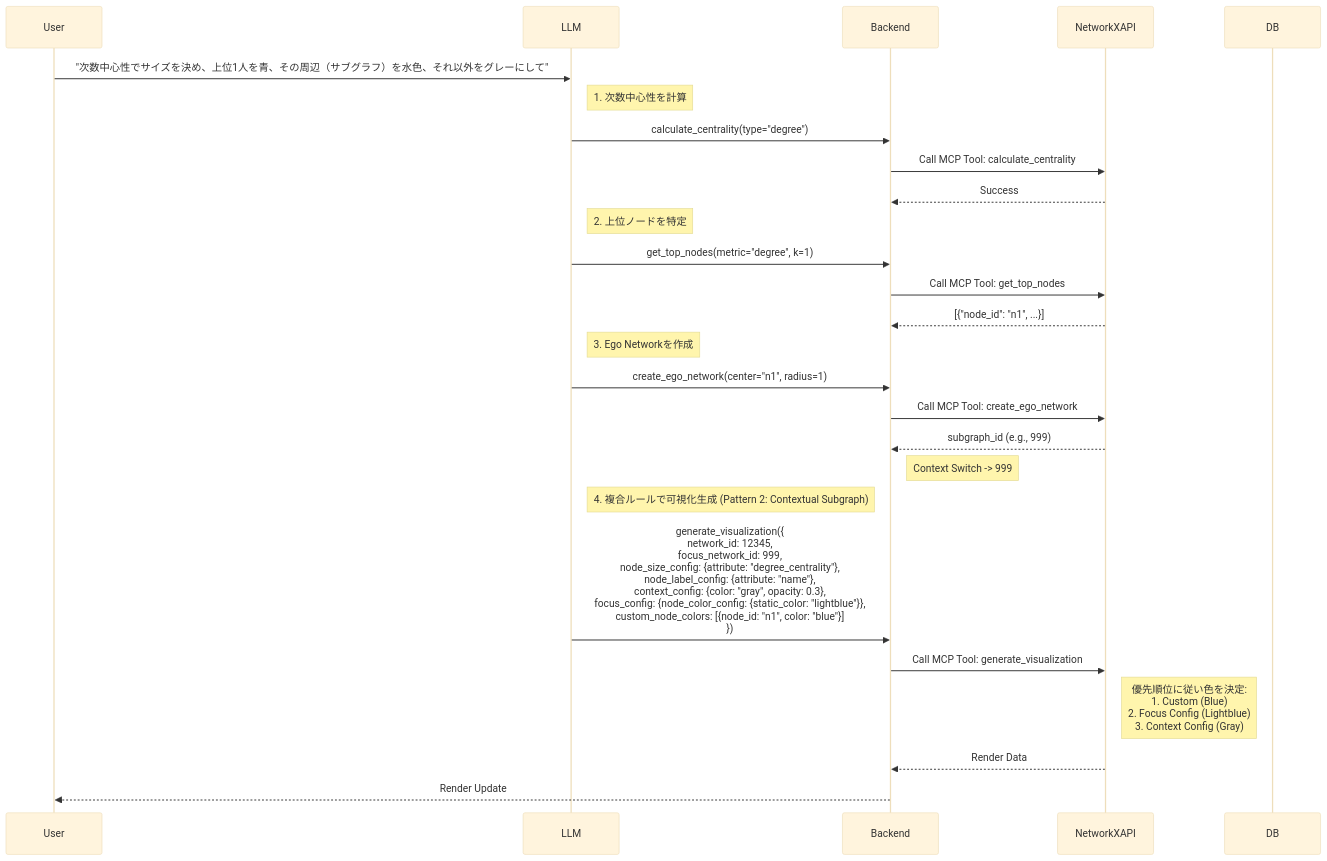
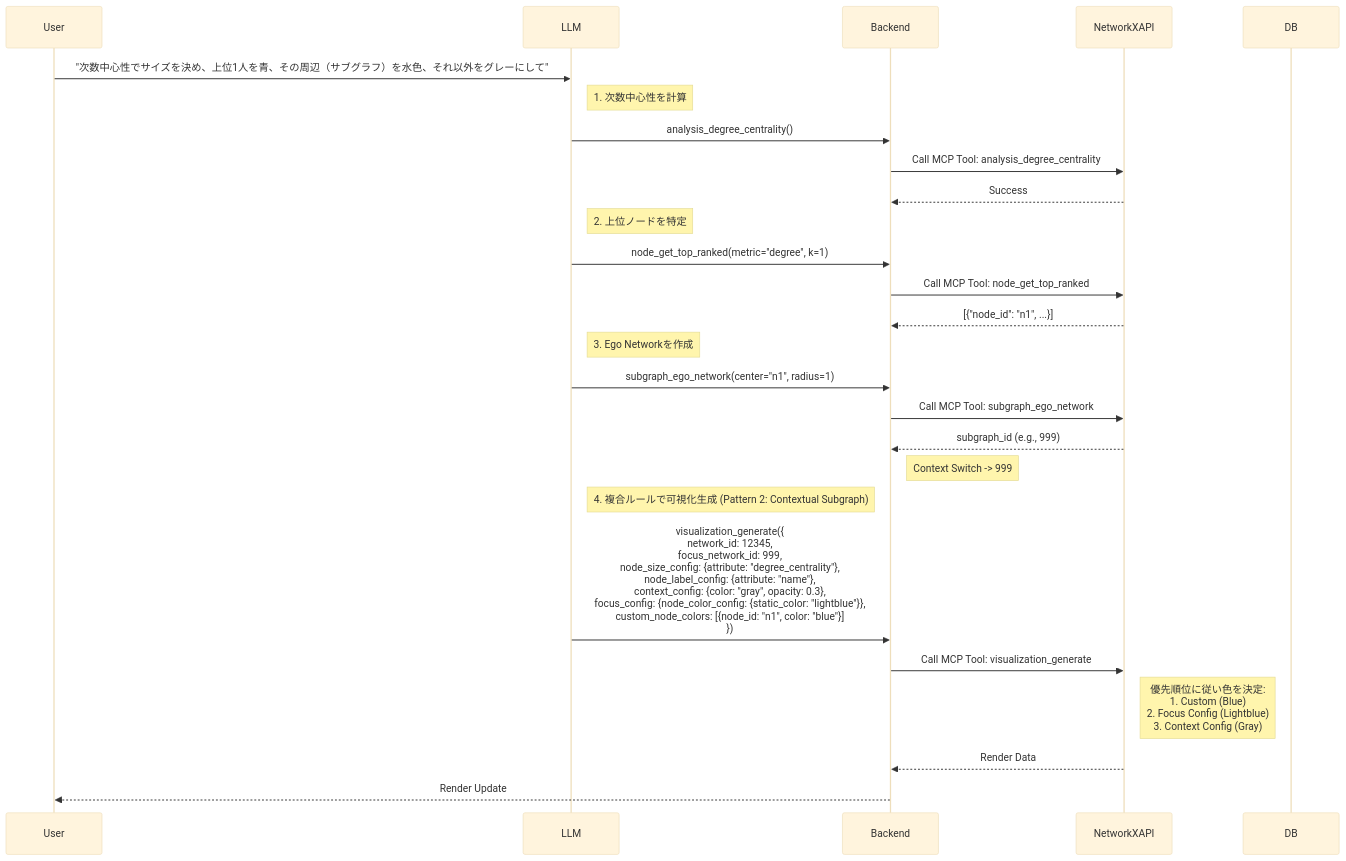
One commit to vdslab/LLMGraphvis changed the seventh of 13 diagrams in specification/2_Technical_Details/6_Core_Workflows.md. Above: the diagram before and after it, drawn with Mermaid (base theme). The commit also changed other lines of this file and 12 other files, not shown here.

````diff
--- a/specification/2_Technical_Details/6_Core_Workflows.md
+++ b/specification/2_Technical_Details/6_Core_Workflows.md
@@ -320,34 +330,34 @@
 ```mermaid
 sequenceDiagram
     participant User
     participant LLM
     participant Backend
     participant NetworkXAPI
     participant DB
 
     User->>LLM: "次数中心性でサイズを決め、上位1人を青、その周辺（サブグラフ）を水色、それ以外をグレーにして"
     
     note right of LLM: 1. 次数中心性を計算
-    LLM->>Backend: calculate_centrality(type="degree")
-    Backend->>NetworkXAPI: Call MCP Tool: calculate_centrality
+    LLM->>Backend: analysis_degree_centrality()
+    Backend->>NetworkXAPI: Call MCP Tool: analysis_degree_centrality
     NetworkXAPI-->>Backend: Success
     
     note right of LLM: 2. 上位ノードを特定
-    LLM->>Backend: get_top_nodes(metric="degree", k=1)
-    Backend->>NetworkXAPI: Call MCP Tool: get_top_nodes
+    LLM->>Backend: node_get_top_ranked(metric="degree", k=1)
+    Backend->>NetworkXAPI: Call MCP Tool: node_get_top_ranked
     NetworkXAPI-->>Backend: [{"node_id": "n1", ...}]
     
     note right of LLM: 3. Ego Networkを作成
-    LLM->>Backend: create_ego_network(center="n1", radius=1)
-    Backend->>NetworkXAPI: Call MCP Tool: create_ego_network
+    LLM->>Backend: subgraph_ego_network(center="n1", radius=1)
+    Backend->>NetworkXAPI: Call MCP Tool: subgraph_ego_network
     NetworkXAPI-->>Backend: subgraph_id (e.g., 999)
     note right of Backend: Context Switch -> 999
 
     note right of LLM: 4. 複合ルールで可視化生成 (Pattern 2: Contextual Subgraph)
-    LLM->>Backend: generate_visualization({<br/>  network_id: 12345,<br/>  focus_network_id: 999,<br/>  node_size_config: {attribute: "degree_centrality"},<br/>  node_label_config: {attribute: "name"},<br/>  context_config: {color: "gray", opacity: 0.3},<br/>  focus_config: {node_color_config: {static_color: "lightblue"}},<br/>  custom_node_colors: [{node_id: "n1", color: "blue"}]<br/>})
-    Backend->>NetworkXAPI: Call MCP Tool: generate_visualization
+    LLM->>Backend: visualization_generate({<br/>  network_id: 12345,<br/>  focus_network_id: 999,<br/>  node_size_config: {attribute: "degree_centrality"},<br/>  node_label_config: {attribute: "name"},<br/>  context_config: {color: "gray", opacity: 0.3},<br/>  focus_config: {node_color_config: {static_color: "lightblue"}},<br/>  custom_node_colors: [{node_id: "n1", color: "blue"}]<br/>})
+    Backend->>NetworkXAPI: Call MCP Tool: visualization_generate
     
     note right of NetworkXAPI: 優先順位に従い色を決定:<br/>1. Custom (Blue)<br/>2. Focus Config (Lightblue)<br/>3. Context Config (Gray)
     NetworkXAPI-->>Backend: Render Data
     Backend-->>User: Render Update
 ```
````
